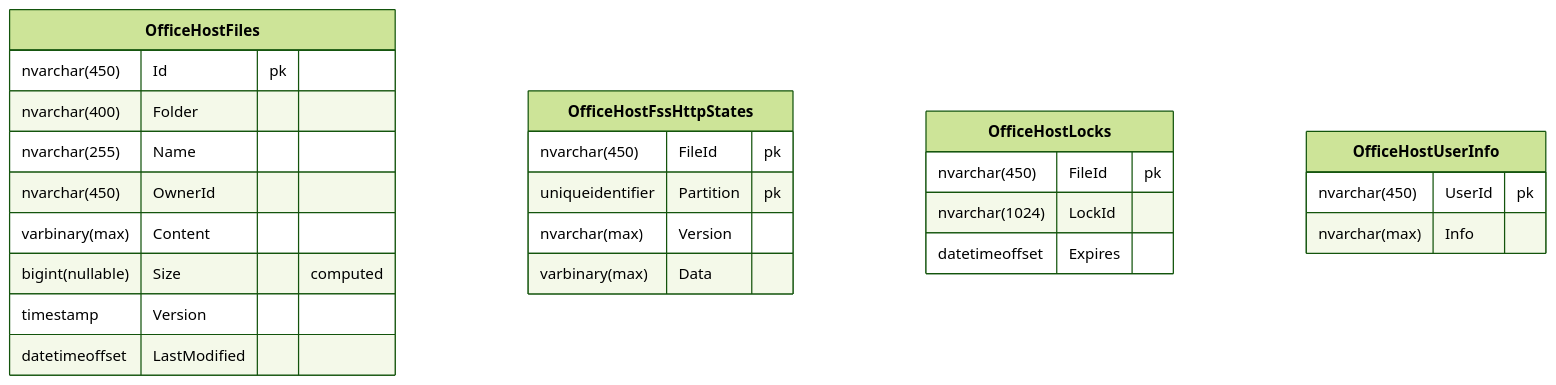
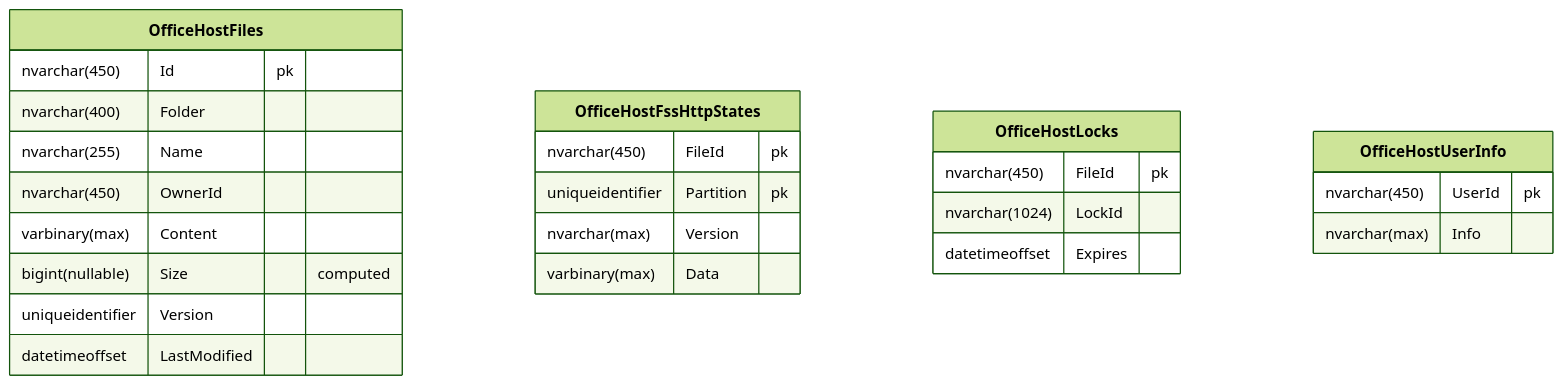
The diagram in docs/sqlserver-tables.include.md (Papyrine/OfficeHost), drawn with Mermaid (forest theme) before and after one commit. The commit also changed 19 other files, not shown here.

````diff
--- a/docs/sqlserver-tables.include.md
+++ b/docs/sqlserver-tables.include.md
@@ -2,28 +2,28 @@
 ```mermaid
 erDiagram
   OfficeHostFiles["**OfficeHostFiles**"] {
     nvarchar(450) Id pk
     nvarchar(400) Folder
     nvarchar(255) Name
     nvarchar(450) OwnerId
     varbinary(max) Content
     bigint(nullable) Size "computed"
-    timestamp Version
+    uniqueidentifier Version
     datetimeoffset LastModified
   }
   OfficeHostFssHttpStates["**OfficeHostFssHttpStates**"] {
     nvarchar(450) FileId pk
     uniqueidentifier Partition pk
     nvarchar(max) Version
     varbinary(max) Data
   }
   OfficeHostLocks["**OfficeHostLocks**"] {
     nvarchar(450) FileId pk
     nvarchar(1024) LockId
     datetimeoffset Expires
   }
   OfficeHostUserInfo["**OfficeHostUserInfo**"] {
     nvarchar(450) UserId pk
     nvarchar(max) Info
   }
 ```
````
